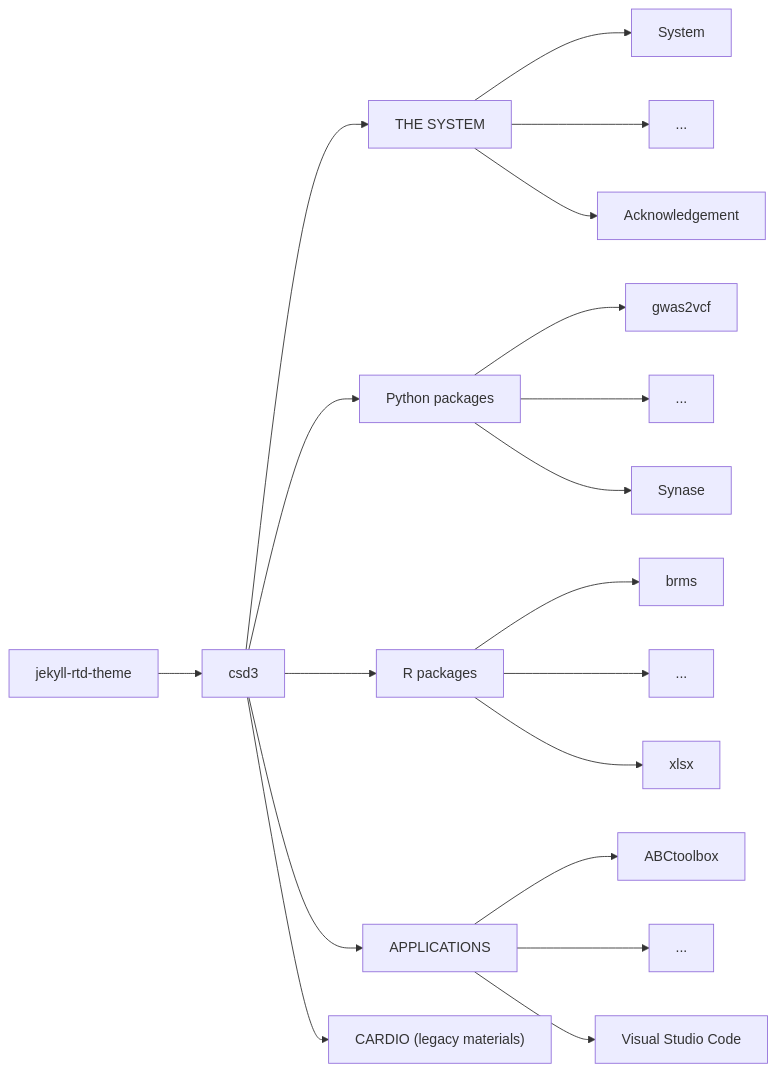
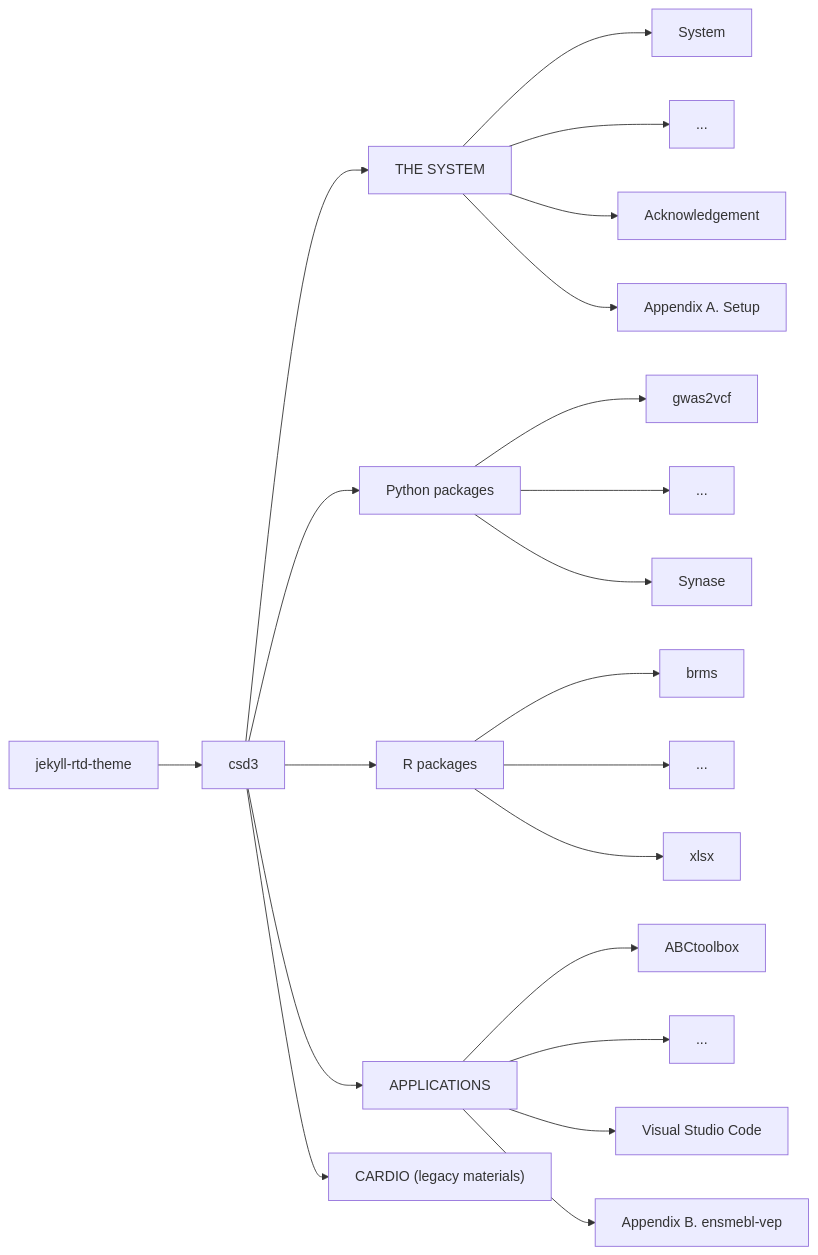
The diagram in README.md (cambridge-ceu/csd3), drawn with Mermaid before and after one commit.

````diff
--- a/README.md
+++ b/README.md
@@ -10,21 +10,23 @@
 ```mermaid
 graph LR;
 jekyll-rtd-theme --> csd3
 csd3 --> system["THE SYSTEM"]
 csd3 --> Python["Python packages"]
 csd3 --> R["R packages"]
 csd3 --> applications["APPLICATIONS"]
 csd3 --> cardio["CARDIO (legacy materials)"]
 system --> System
 system --> sysdot["..."]
 system --> Acknowledgement
+system --> setup["Appendix A. Setup"]
 applications --> ABCtoolbox
 applications --> appdot["..."]
 applications --> vsc["Visual Studio Code"]
+applications --> vep["Appendix B. ensmebl-vep"]
 Python --> gwas2vcf
 Python --> Pythondot["..."]
 Python --> Synase
 R --> brms
 R --> Rdot["..."]
 R --> xlsx
 ```
````
